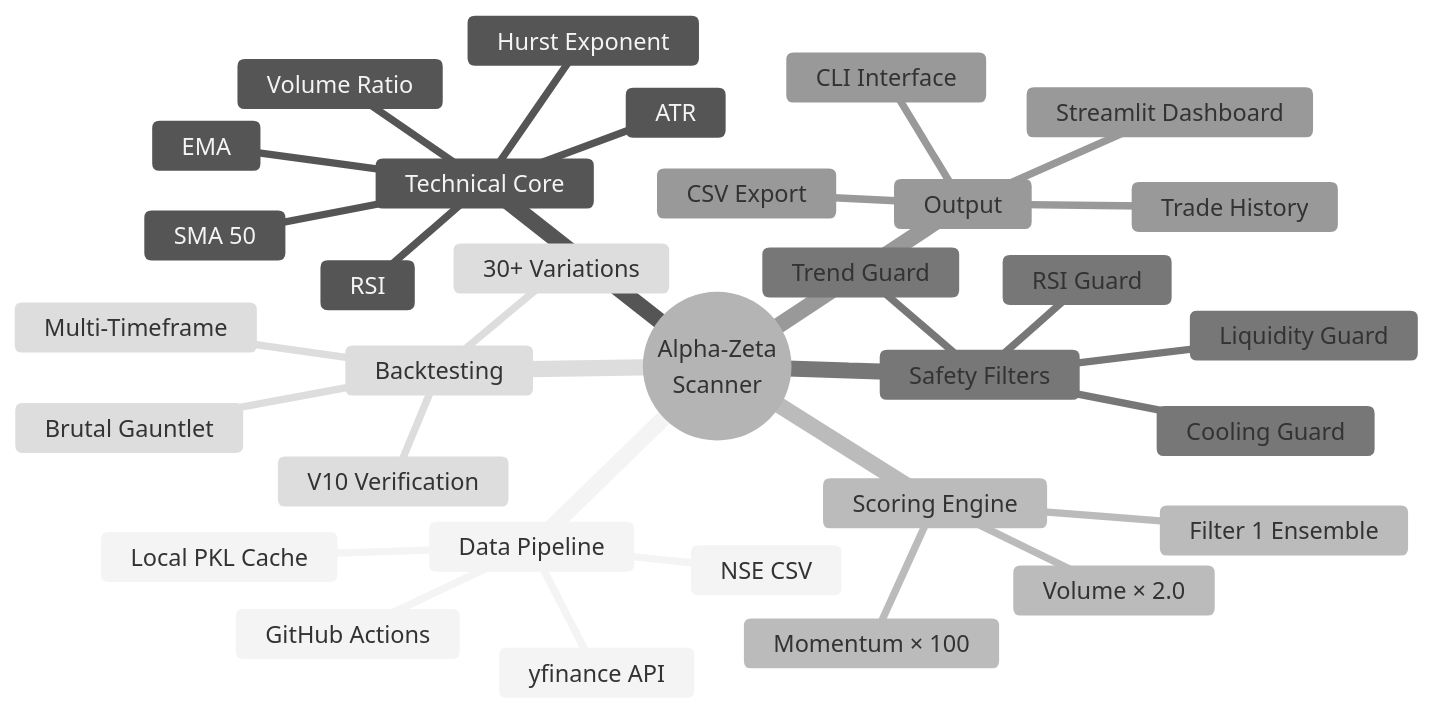
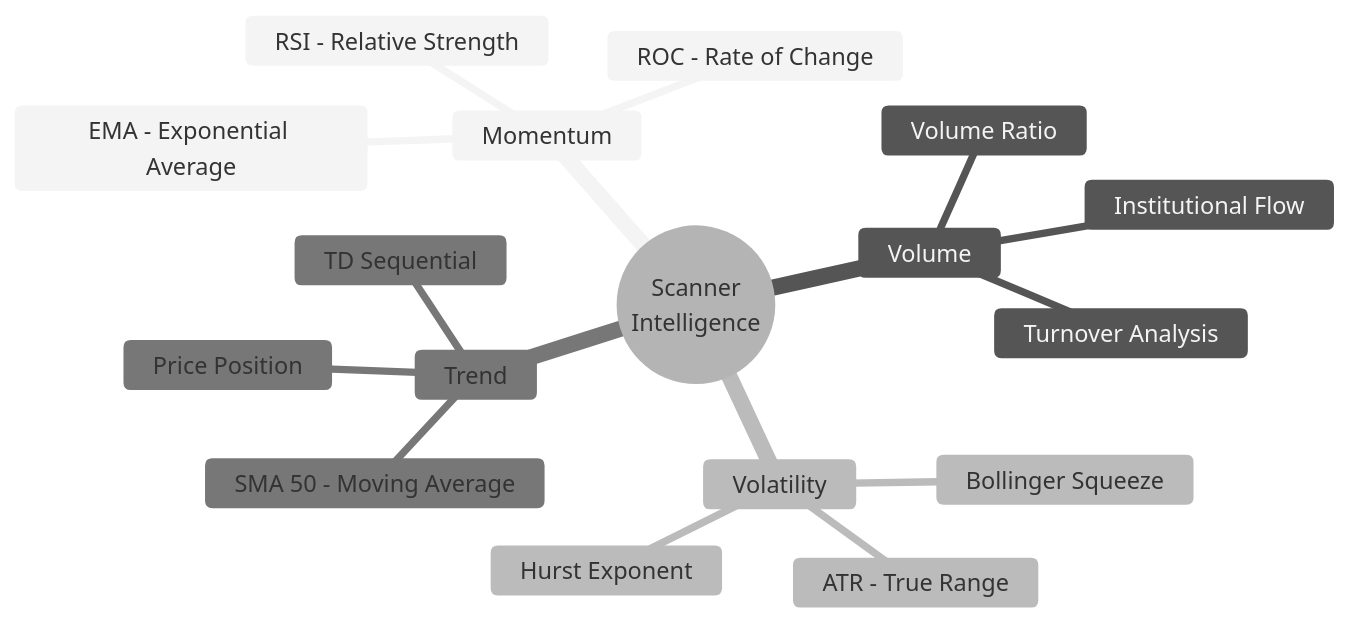
Diagram 13 of 20 in README.md (pravindev666/Tradyx-Aleph), drawn with Mermaid (neutral theme) before and after one commit. The commit also changed other lines of this file, not shown here.

````diff
--- a/README.md
+++ b/README.md
@@ -585,35 +261,20 @@
 ```mermaid
 mindmap
-  root((Alpha-Zeta<br/>Scanner))
-    Data Pipeline
-      GitHub Actions
-      yfinance API
-      NSE CSV
-      Local PKL Cache
-    Technical Core
-      RSI
-      EMA
-      ATR
+  root((Scanner<br/>Intelligence))
+    Momentum
+      RSI - Relative Strength
+      EMA - Exponential Average
+      ROC - Rate of Change
+    Volume
+      Turnover Analysis
+      Volume Ratio
+      Institutional Flow
+    Volatility
+      ATR - True Range
+      Bollinger Squeeze
       Hurst Exponent
-      SMA 50
-      Volume Ratio
-    Scoring Engine
-      Filter 1 Ensemble
-      Momentum × 100
-      Volume × 2.0
-    Safety Filters
-      Trend Guard
-      RSI Guard
-      Liquidity Guard
-      Cooling Guard
-    Output
-      Streamlit Dashboard
-      CLI Interface
-      CSV Export
-      Trade History
-    Backtesting
-      V10 Verification
-      Brutal Gauntlet
-      Multi-Timeframe
-      30+ Variations
+    Trend
+      SMA 50 - Moving Average
+      Price Position
+      TD Sequential
 ```
````
